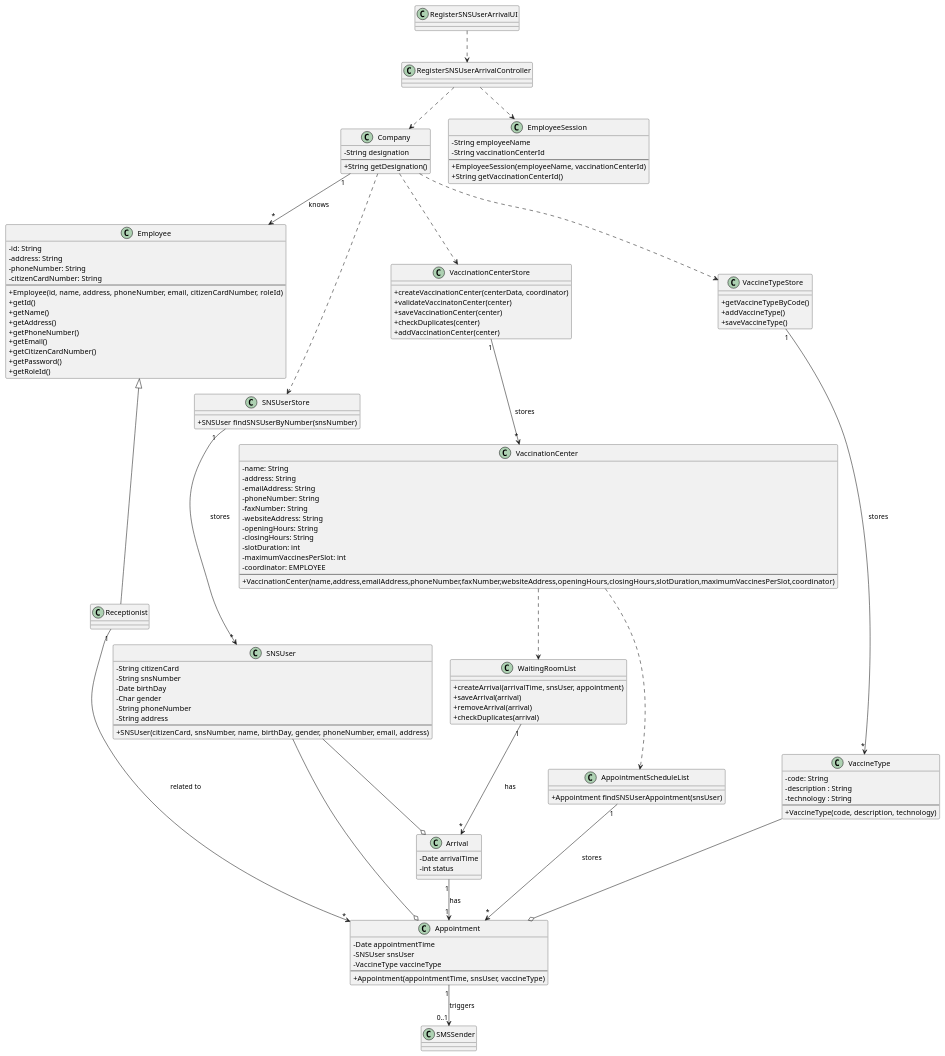
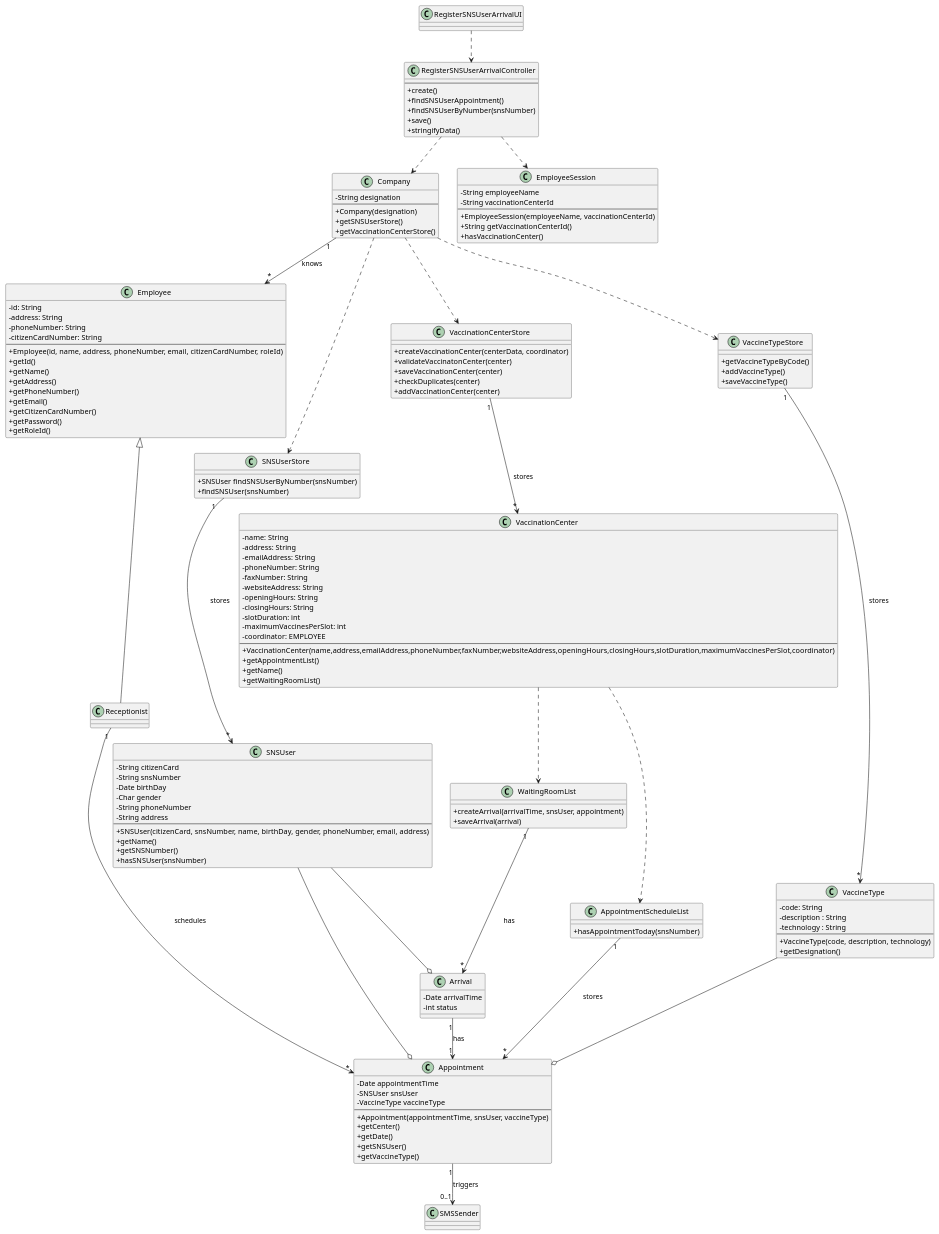
The diagram in docs/SprintC/US04/CD/US04_CD.puml (miseEnPlace-i/lapr2), drawn with PlantUML before and after one commit. The commit also changed 3 other files, not shown here.

```diff
--- a/docs/SprintC/US04/CD/US04_CD.puml
+++ b/docs/SprintC/US04/CD/US04_CD.puml
@@ -1,157 +1,177 @@
 @startuml US04_CD
 skinparam classAttributeIconSize 0
 
 class Appointment {
   - Date appointmentTime
   - SNSUser snsUser
   - VaccineType vaccineType
   ---
   + Appointment(appointmentTime, snsUser, vaccineType)
+  + getCenter()
+  + getDate()
+  + getSNSUser()
+  + getVaccineType()
 }
 
 class AppointmentScheduleList {
-  + Appointment findSNSUserAppointment(snsUser)
+  + hasAppointmentToday(snsNumber)
 }
 
 class Arrival {
   - Date arrivalTime
   - int status
 }
 
 class Company {
   - String designation
   ---
-  + String getDesignation()
+  + Company(designation)
+  + getSNSUserStore()
+  + getVaccinationCenterStore()
 }
 
 class Employee {
   - id: String
   - address: String
   - phoneNumber: String
   - citizenCardNumber: String
   ---
   + Employee(id, name, address, phoneNumber, email, citizenCardNumber, roleId)
   + getId()
   + getName()
   + getAddress()
   + getPhoneNumber()
   + getEmail()
   + getCitizenCardNumber()
   + getPassword()
   + getRoleId()
 }
 
 class EmployeeSession {
   - String employeeName
   - String vaccinationCenterId
   ---
   + EmployeeSession(employeeName, vaccinationCenterId)
-  + String getVaccinationCenterId()  
+  + String getVaccinationCenterId()
+  + hasVaccinationCenter()
 }
 
 class RegisterSNSUserArrivalUI {}
 
-class RegisterSNSUserArrivalController {}
+class RegisterSNSUserArrivalController {
+  ---
+  + create()
+  + findSNSUserAppointment()
+  + findSNSUserByNumber(snsNumber)
+  + save()
+  + stringifyData()
+}
 
 class SNSUser {
   - String citizenCard
   - String snsNumber
   - Date birthDay
   - Char gender
   - String phoneNumber
   - String address
   ---
   + SNSUser(citizenCard, snsNumber, name, birthDay, gender, phoneNumber, email, address)
+  + getName()
+  + getSNSNumber()
+  + hasSNSUser(snsNumber)
 }
 
 class SNSUserStore {
   + SNSUser findSNSUserByNumber(snsNumber)
+  + findSNSUser(snsNumber)
 }
 
 class Receptionist {}
 
 class SMSSender {}
 
 class VaccinationCenter {
   - name: String
   - address: String
   - emailAddress: String
   - phoneNumber: String
   - faxNumber: String
   - websiteAddress: String
   - openingHours: String
   - closingHours: String
   - slotDuration: int
   - maximumVaccinesPerSlot: int
   - coordinator: EMPLOYEE
   ---
   + VaccinationCenter(name,address,emailAddress,phoneNumber,faxNumber,websiteAddress,openingHours,closingHours,slotDuration,maximumVaccinesPerSlot,coordinator)
+  + getAppointmentList()
+  + getName()
+  + getWaitingRoomList()
 }
 
 class VaccinationCenterStore {
   + createVaccinationCenter(centerData, coordinator)
   + validateVaccinatonCenter(center)
   + saveVaccinationCenter(center)
   + checkDuplicates(center)
   + addVaccinationCenter(center)
 }
 
 class VaccineType {
   - code: String
   - description : String
   - technology : String
   ---
   + VaccineType(code, description, technology)
+  + getDesignation()
 }
 
 class VaccineTypeStore {
   + getVaccineTypeByCode()
   + addVaccineType()
   + saveVaccineType()
 }
 
 class WaitingRoomList {
   + createArrival(arrivalTime, snsUser, appointment)
   + saveArrival(arrival)
-  + removeArrival(arrival)
-  + checkDuplicates(arrival)
 }
 
 
 Appointment "1" --> "0..1" SMSSender : triggers
 
 AppointmentScheduleList "1" --> "*" Appointment : stores
 
 Arrival "1" --> "1" Appointment : has
 
 Company ..> SNSUserStore
 Company ..> VaccinationCenterStore
 Company ..> VaccineTypeStore
 Company "1" --> "*" Employee : knows
 
 Employee <|-- Receptionist
 
-Receptionist "1" --> "*" Appointment : related to
+Receptionist "1" --> "*" Appointment : schedules
 
 RegisterSNSUserArrivalController ..> Company
 RegisterSNSUserArrivalController ..> EmployeeSession
 
 RegisterSNSUserArrivalUI ..> RegisterSNSUserArrivalController
 
 SNSUser --o Arrival
 SNSUser --o Appointment
 
 SNSUserStore "1" --> "*" SNSUser : stores
 
 VaccinationCenter ..> WaitingRoomList
 VaccinationCenter ..> AppointmentScheduleList
 
 VaccinationCenterStore "1" --> "*" VaccinationCenter : stores
 
 VaccineType --o Appointment
 
 VaccineTypeStore "1" --> "*" VaccineType : stores
 
 WaitingRoomList "1" --> "*" Arrival : has
 
 @enduml
```
